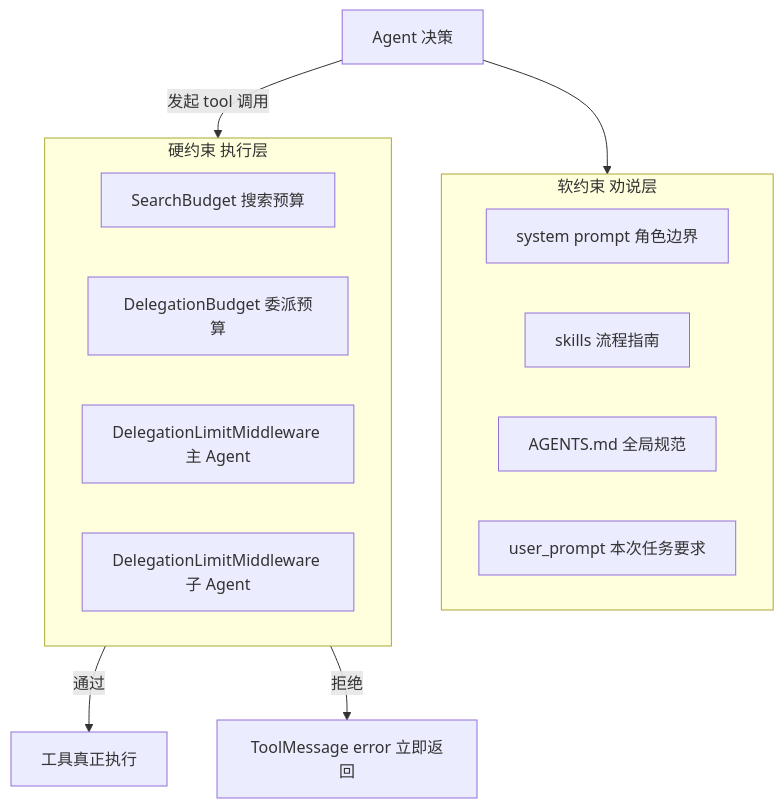
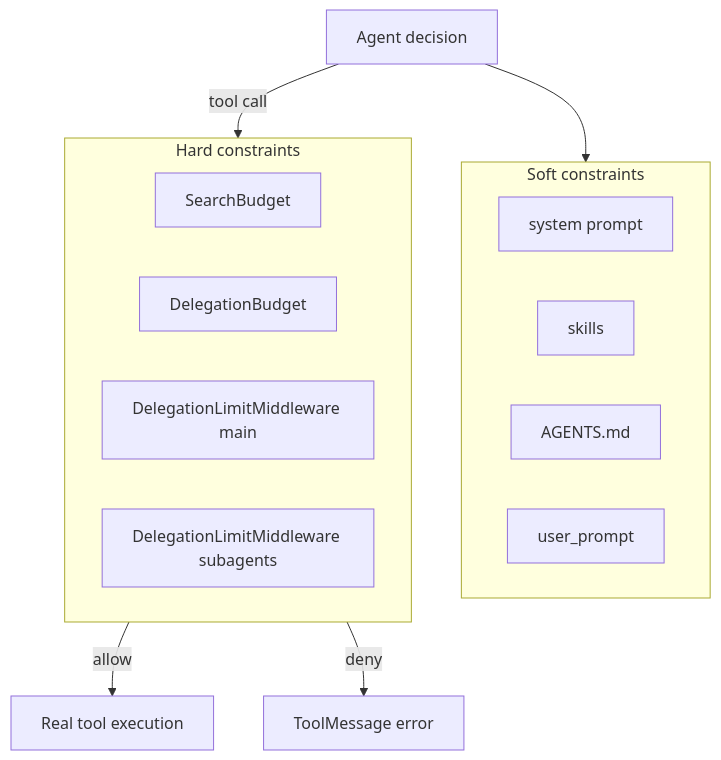
Before and after one commit to sunkuangdong/Deep_Research_Assistant: the second of 3 diagrams in README.md, drawn with Mermaid. The commit also changed other lines of this file and 1 other file, not shown here.

````diff
--- a/README.md
+++ b/README.md
@@ -86,21 +84,21 @@
 ```mermaid
 flowchart TB
-    subgraph soft [软约束 劝说层]
-        P1[system prompt 角色边界]
-        P2[skills 流程指南]
-        P3[AGENTS.md 全局规范]
-        P4[user_prompt 本次任务要求]
+    subgraph soft [Soft constraints]
+        P1[system prompt]
+        P2[skills]
+        P3[AGENTS.md]
+        P4[user_prompt]
     end
 
-    subgraph hard [硬约束 执行层]
-        H1[SearchBudget 搜索预算]
-        H2[DelegationBudget 委派预算]
-        H3[DelegationLimitMiddleware 主 Agent]
-        H4[DelegationLimitMiddleware 子 Agent]
+    subgraph hard [Hard constraints]
+        H1[SearchBudget]
+        H2[DelegationBudget]
+        H3[DelegationLimitMiddleware main]
+        H4[DelegationLimitMiddleware subagents]
     end
 
-    Agent[Agent 决策] --> soft
-    Agent -->|发起 tool 调用| hard
-    hard -->|通过| Tool[工具真正执行]
-    hard -->|拒绝| Error[ToolMessage error 立即返回]
+    Agent[Agent decision] --> soft
+    Agent -->|tool call| hard
+    hard -->|allow| Tool[Real tool execution]
+    hard -->|deny| Error[ToolMessage error]
 ```
````
